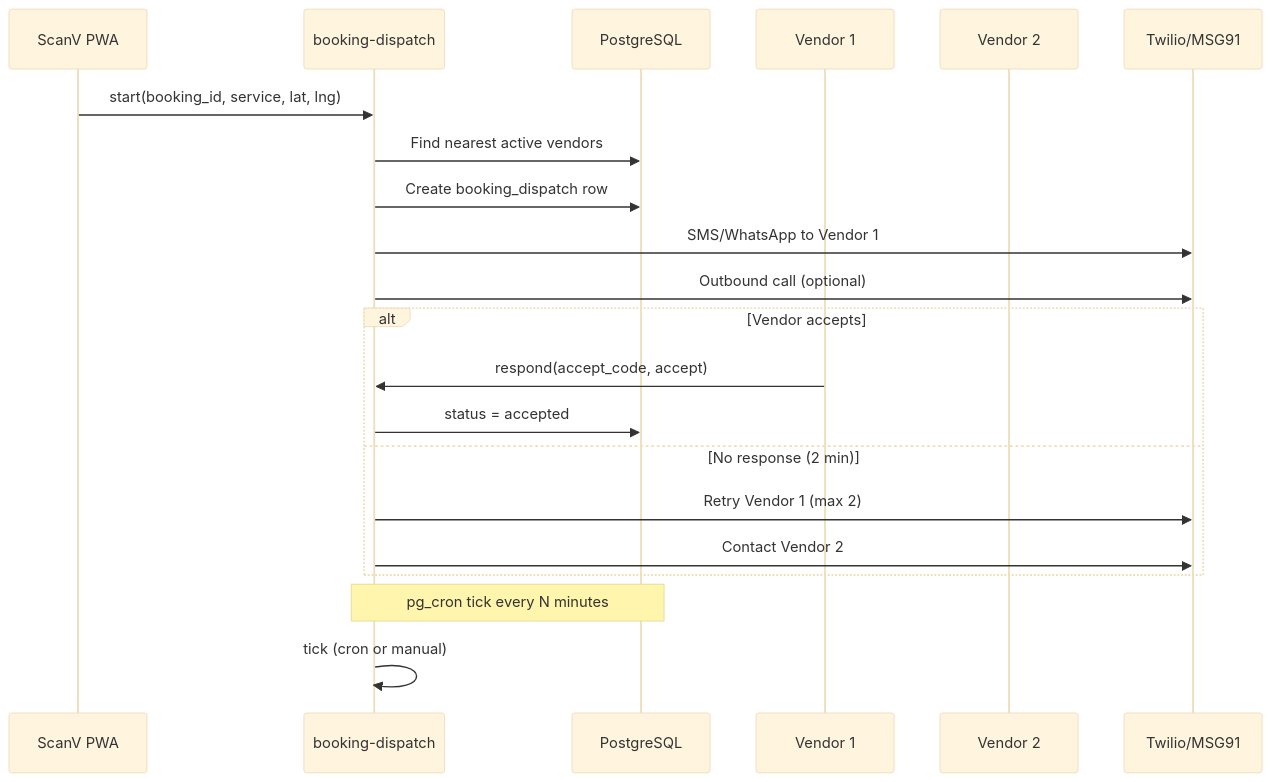
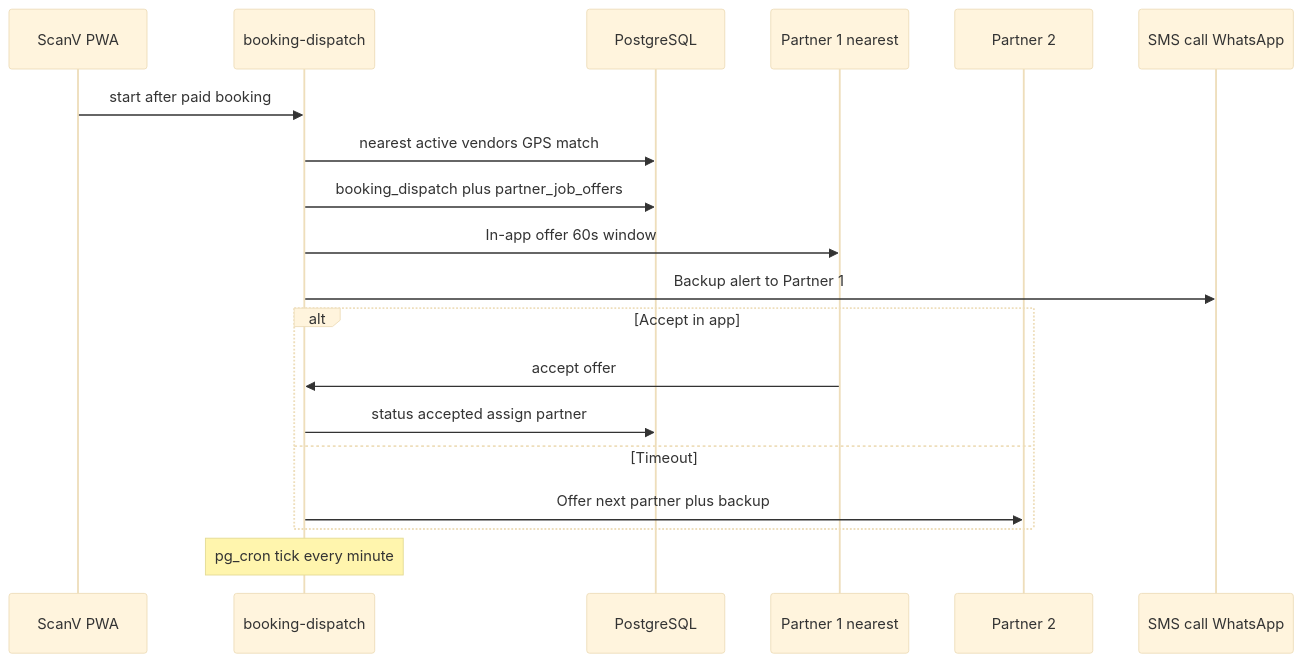
The fourth of 7 diagrams in docs/APP-DATA-FLOW.md (scanversecorp/scanverse), drawn with Mermaid (base theme) before and after one commit. The commit also changed other lines of this file and 14 other files, not shown here.

First line of the commit message:
Update architecture and data-flow diagrams for v5.5.3.

````diff
--- a/docs/APP-DATA-FLOW.md
+++ b/docs/APP-DATA-FLOW.md
@@ -117,24 +136,22 @@
 ```mermaid
 sequenceDiagram
     participant PWA as ScanV PWA
     participant DISP as booking-dispatch
     participant DB as PostgreSQL
-    participant V1 as Vendor 1
-    participant V2 as Vendor 2
-    participant TW as Twilio/MSG91
+    participant P1 as Partner 1 nearest
+    participant P2 as Partner 2
+    participant N as SMS call WhatsApp
 
-    PWA->>DISP: start(booking_id, service, lat, lng)
-    DISP->>DB: Find nearest active vendors
-    DISP->>DB: Create booking_dispatch row
-    DISP->>TW: SMS/WhatsApp to Vendor 1
-    DISP->>TW: Outbound call (optional)
-    alt Vendor accepts
-        V1->>DISP: respond(accept_code, accept)
-        DISP->>DB: status = accepted
-    else No response (2 min)
-        DISP->>TW: Retry Vendor 1 (max 2)
-        DISP->>TW: Contact Vendor 2
+    PWA->>DISP: start after paid booking
+    DISP->>DB: nearest active vendors GPS match
+    DISP->>DB: booking_dispatch plus partner_job_offers
+    DISP->>P1: In-app offer 60s window
+    DISP->>N: Backup alert to Partner 1
+    alt Accept in app
+        P1->>DISP: accept offer
+        DISP->>DB: status accepted assign partner
+    else Timeout
+        DISP->>P2: Offer next partner plus backup
     end
-    Note over DISP,DB: pg_cron tick every N minutes
-    DISP->>DISP: tick (cron or manual)
+    Note over DISP: pg_cron tick every minute
 ```
````
